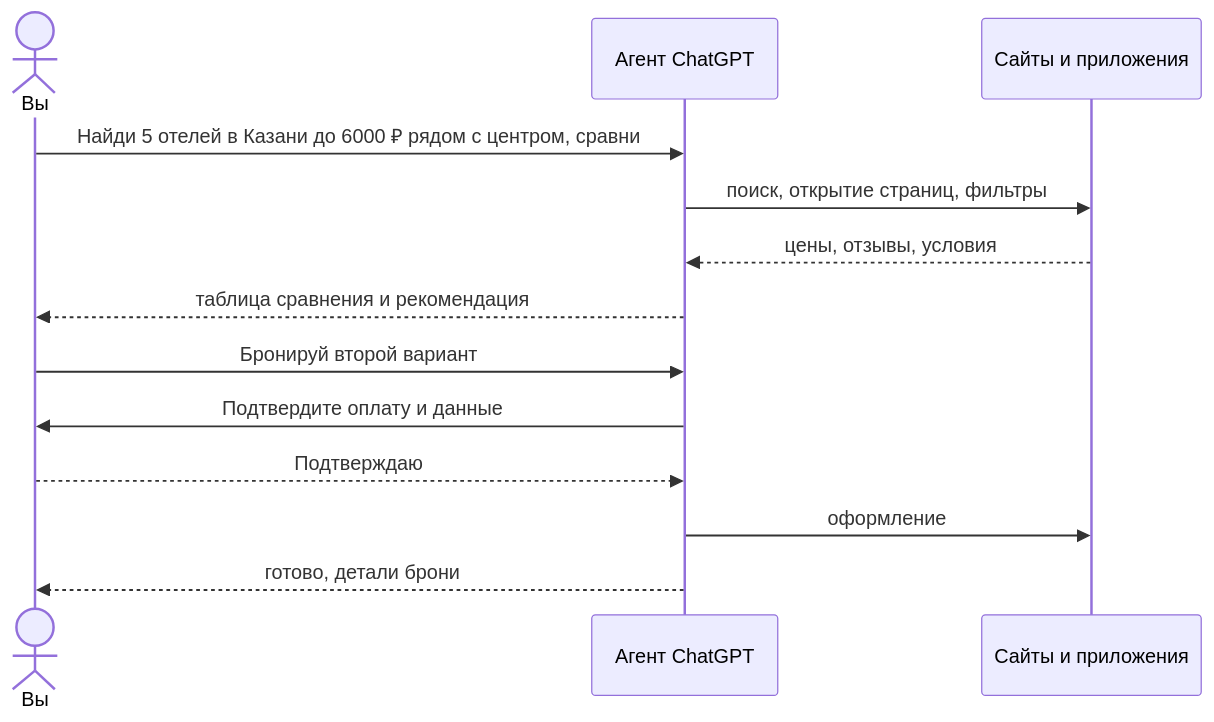
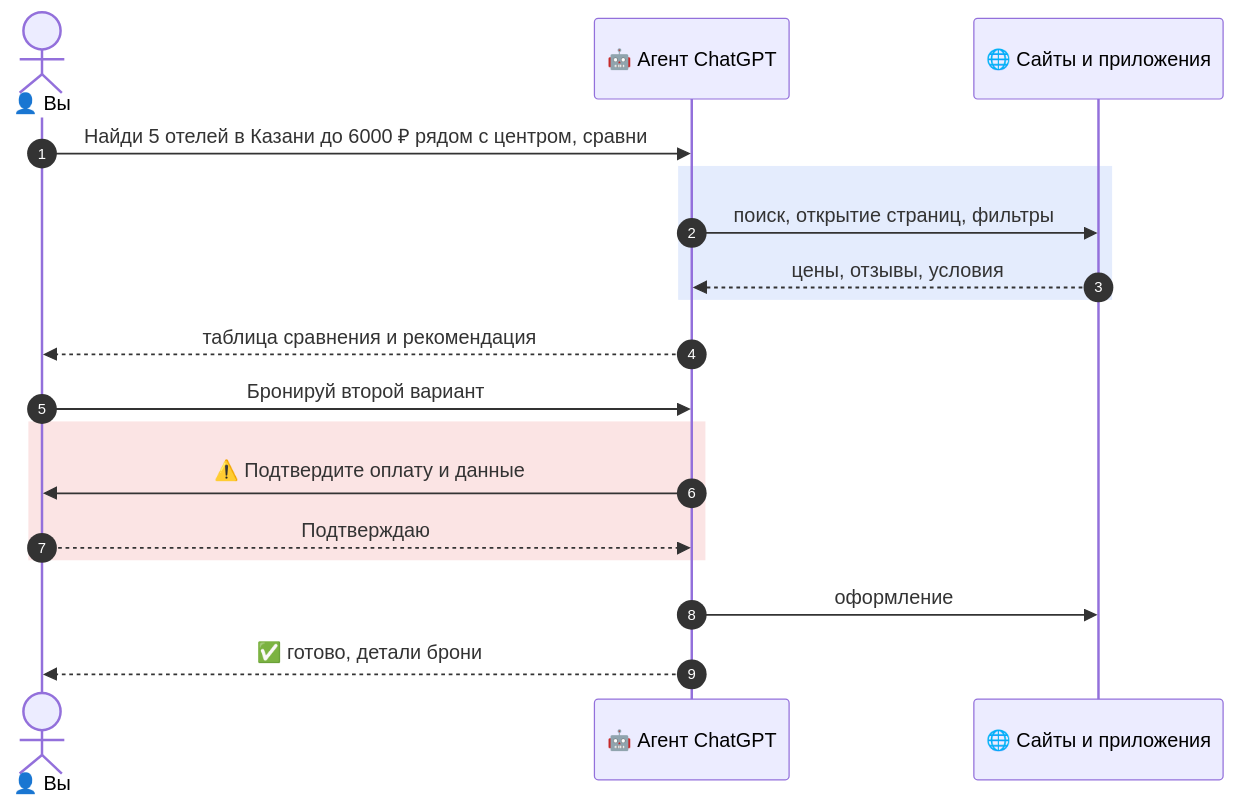
Before and after one commit to justxor/ChatGPT_ru: diagram 11 of 13 in README.md, drawn with Mermaid. The commit also changed other lines of this file, not shown here.

Commit message:
Схемы: цветовая разметка, группы и подписи; карта «Что полезного в репозитории»

````diff
--- a/README.md
+++ b/README.md
@@ -424,15 +556,20 @@
 ```mermaid
 sequenceDiagram
-    actor U as Вы
-    participant A as Агент ChatGPT
-    participant W as Сайты и приложения
+    autonumber
+    actor U as 👤 Вы
+    participant A as 🤖 Агент ChatGPT
+    participant W as 🌐 Сайты и приложения
     U->>A: Найди 5 отелей в Казани до 6000 ₽ рядом с центром, сравни
-    A->>W: поиск, открытие страниц, фильтры
-    W-->>A: цены, отзывы, условия
+    rect rgba(37, 99, 235, 0.12)
+        A->>W: поиск, открытие страниц, фильтры
+        W-->>A: цены, отзывы, условия
+    end
     A-->>U: таблица сравнения и рекомендация
     U->>A: Бронируй второй вариант
-    A->>U: Подтвердите оплату и данные
-    U-->>A: Подтверждаю
+    rect rgba(220, 38, 38, 0.12)
+        A->>U: ⚠️ Подтвердите оплату и данные
+        U-->>A: Подтверждаю
+    end
     A->>W: оформление
-    A-->>U: готово, детали брони
+    A-->>U: ✅ готово, детали брони
 ```
````
